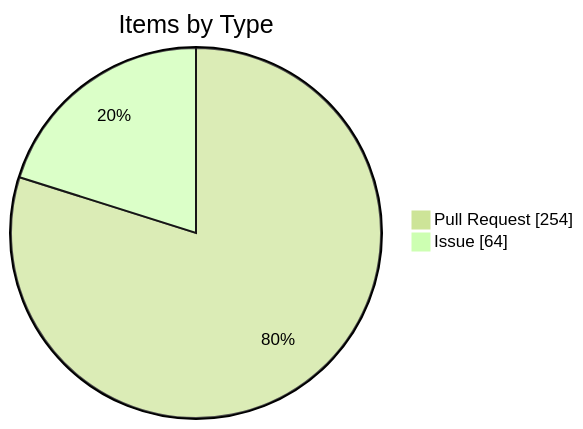
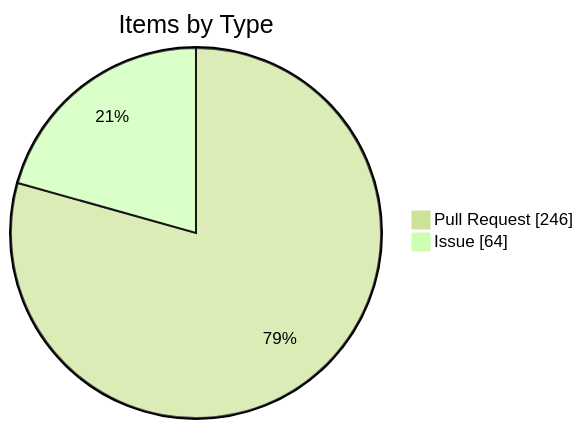
One commit to KBVE/kbve changed the fourth of 4 diagrams in apps/kbve/astro-kbve/src/content/docs/dashboard/kanban-data.mdx. Above: the diagram before and after it, drawn with Mermaid (forest theme). The commit also changed other lines of this file and 8 other files, not shown here.

````diff
--- a/apps/kbve/astro-kbve/src/content/docs/dashboard/kanban-data.mdx
+++ b/apps/kbve/astro-kbve/src/content/docs/dashboard/kanban-data.mdx
@@ -116,6 +116,6 @@
 ```mermaid
 pie showData
     title Items by Type
-    "Pull Request" : 254
+    "Pull Request" : 246
     "Issue" : 64
 ```
````
